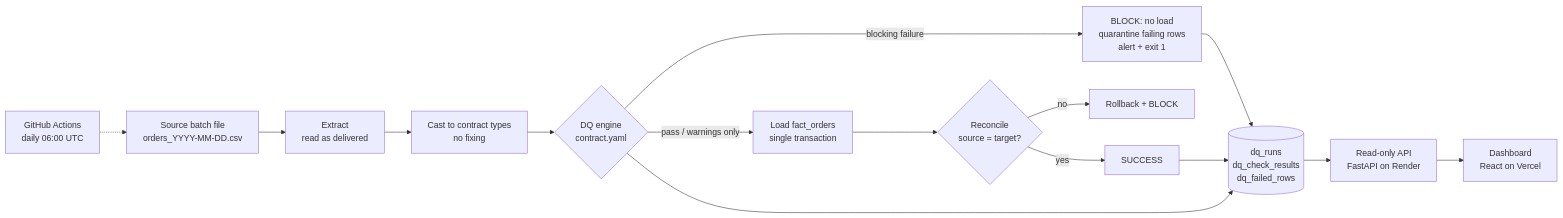
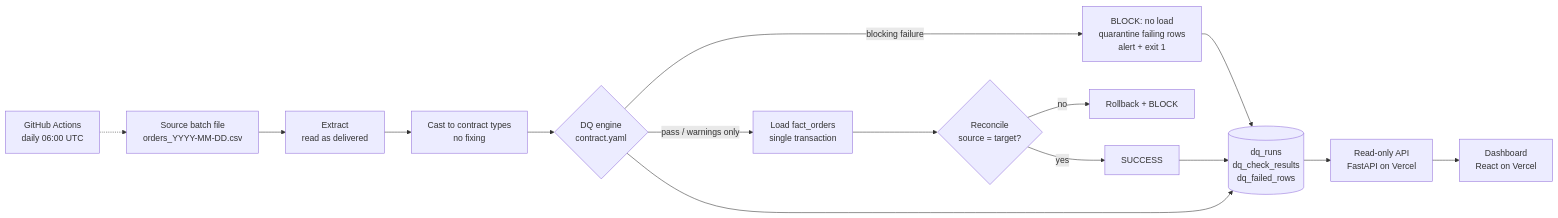
The diagram in docs/architecture.md (Rwema707/dq-etl-edwh), drawn with Mermaid before and after one commit. The commit also changed other lines of this file and 34 other files, not shown here.

````diff
--- a/docs/architecture.md
+++ b/docs/architecture.md
@@ -3,16 +3,16 @@
 ```mermaid
 flowchart LR
   S[Source batch file<br/>orders_YYYY-MM-DD.csv] --> E[Extract<br/>read as delivered]
   E --> T[Cast to contract types<br/>no fixing]
   T --> Q{DQ engine<br/>contract.yaml}
   Q -- blocking failure --> B[BLOCK: no load<br/>quarantine failing rows<br/>alert + exit 1]
   Q -- pass / warnings only --> L[Load fact_orders<br/>single transaction]
   L --> R{Reconcile<br/>source = target?}
   R -- no --> RB[Rollback + BLOCK]
   R -- yes --> OK[SUCCESS]
   Q --> M[(dq_runs<br/>dq_check_results<br/>dq_failed_rows)]
   B --> M
   OK --> M
-  M --> A[Read-only API<br/>FastAPI on Render] --> D[Dashboard<br/>React on Vercel]
+  M --> A[Read-only API<br/>FastAPI on Vercel] --> D[Dashboard<br/>React on Vercel]
   G[GitHub Actions<br/>daily 06:00 UTC] -.-> S
 ```
````
